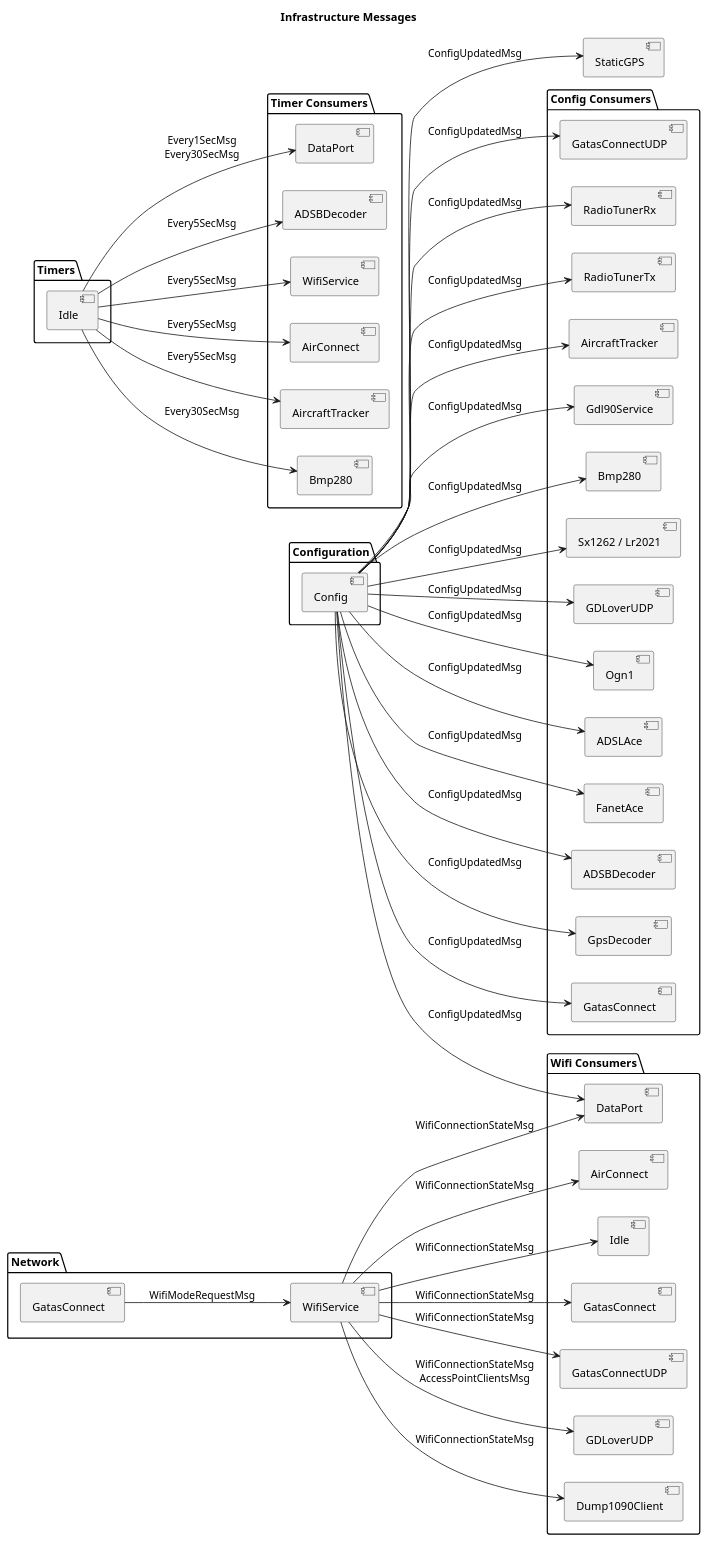
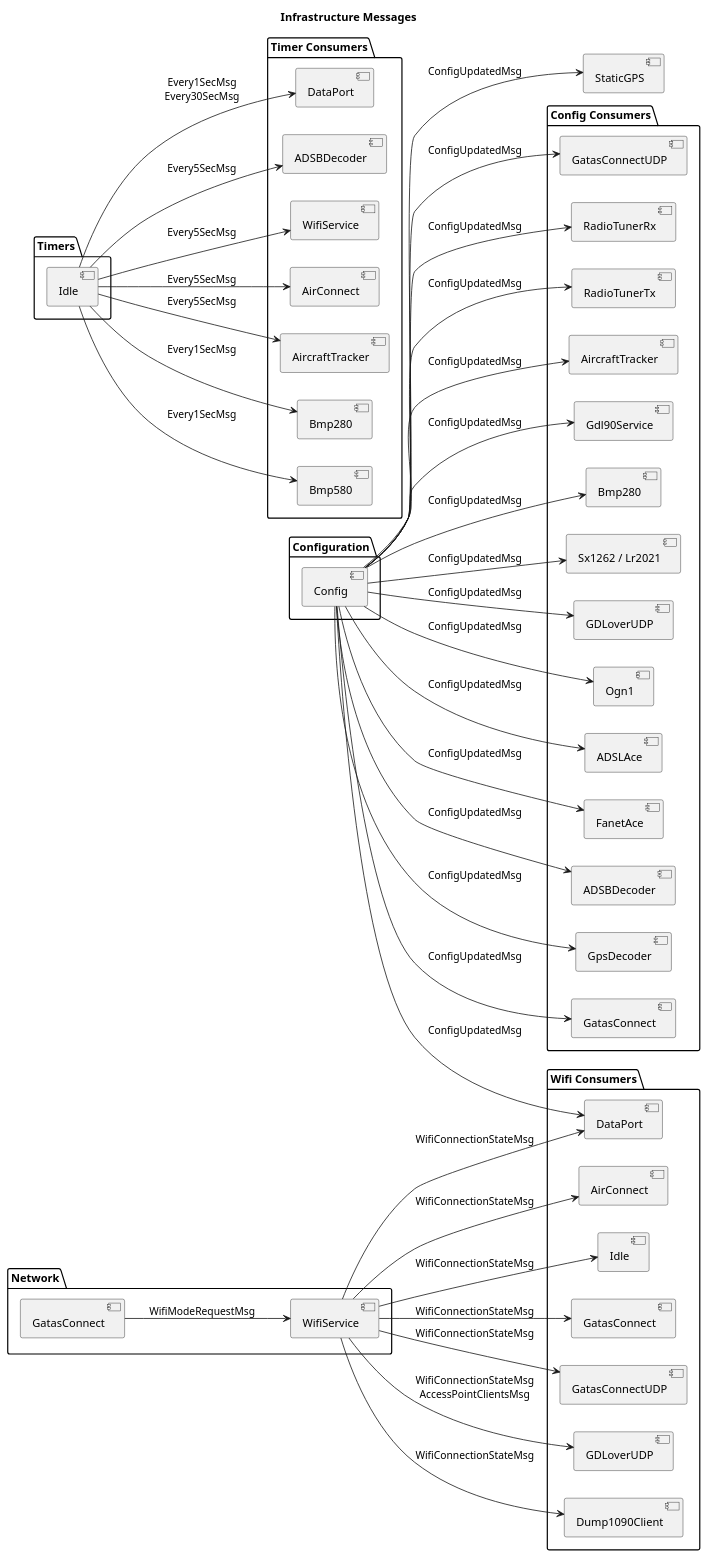
Before and after one commit to gatasConspicuity/gatas: the seventh of 7 diagrams in doc/message-bus.md, drawn with PlantUML. The commit also changed other lines of this file and 49 other files, not shown here.

```diff
--- a/doc/message-bus.md
+++ b/doc/message-bus.md
@@ -384,6 +392,7 @@
     [AirConnect]
     [AircraftTracker]
     [Bmp280]
+    [Bmp580]
     [DataPort]
 }
 
@@ -419,7 +428,8 @@
 [Idle] --> [AirConnect] : Every5SecMsg
 [Idle] --> [AircraftTracker] : Every5SecMsg
 [Idle] --> [DataPort] : Every1SecMsg\nEvery30SecMsg
-[Idle] --> [Bmp280] : Every30SecMsg
+[Idle] --> [Bmp280] : Every1SecMsg
+[Idle] --> [Bmp580] : Every1SecMsg
 
 [Config] --> [Sx1262 / Lr2021] : ConfigUpdatedMsg
 [Config] --> [GDLoverUDP] : ConfigUpdatedMsg
```
